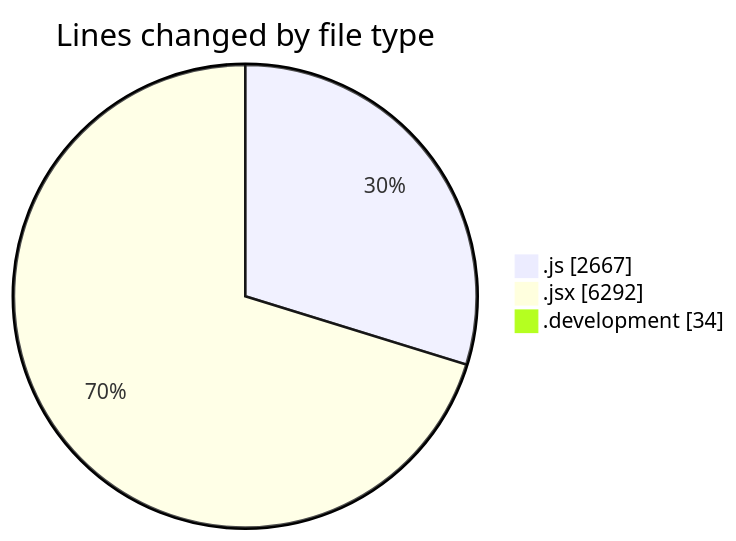
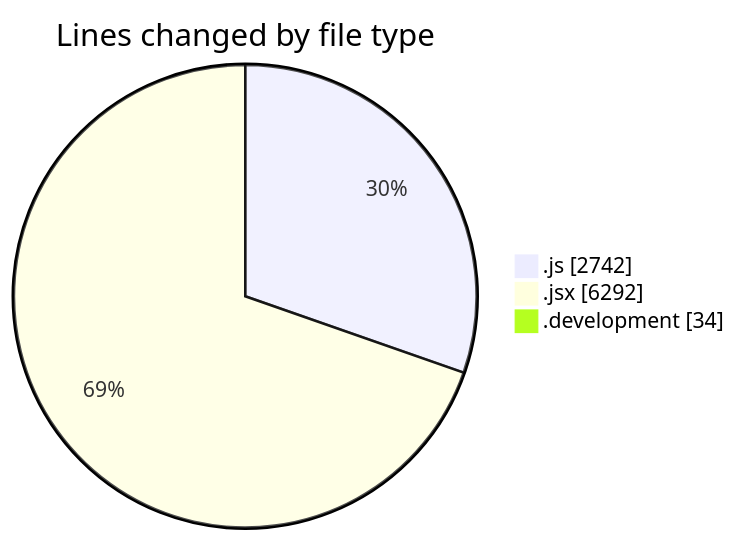
Before and after one commit to nxtqubesakshisongat/code-tracking: the first of 2 diagrams in 2025-09-18/nxtqube_webapp/README.md, drawn with Mermaid. The commit also changed other lines of this file and 1 other file, not shown here.

````diff
--- a/2025-09-18/nxtqube_webapp/README.md
+++ b/2025-09-18/nxtqube_webapp/README.md
@@ -41,7 +41,7 @@
 ```mermaid
 pie showData
 title Lines changed by file type
-".js" : 2667
+".js" : 2742
 ".jsx" : 6292
 ".development" : 34
 ```
````
